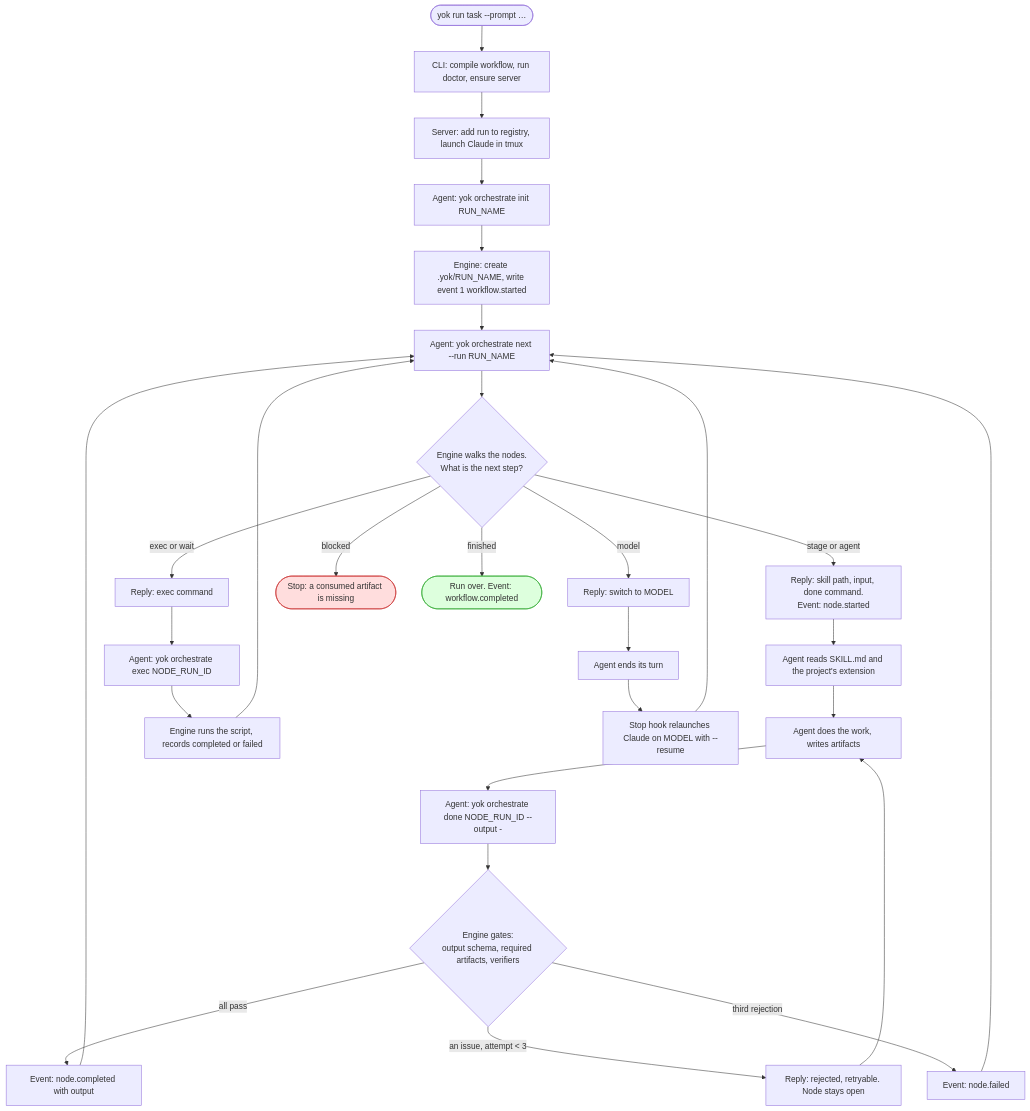
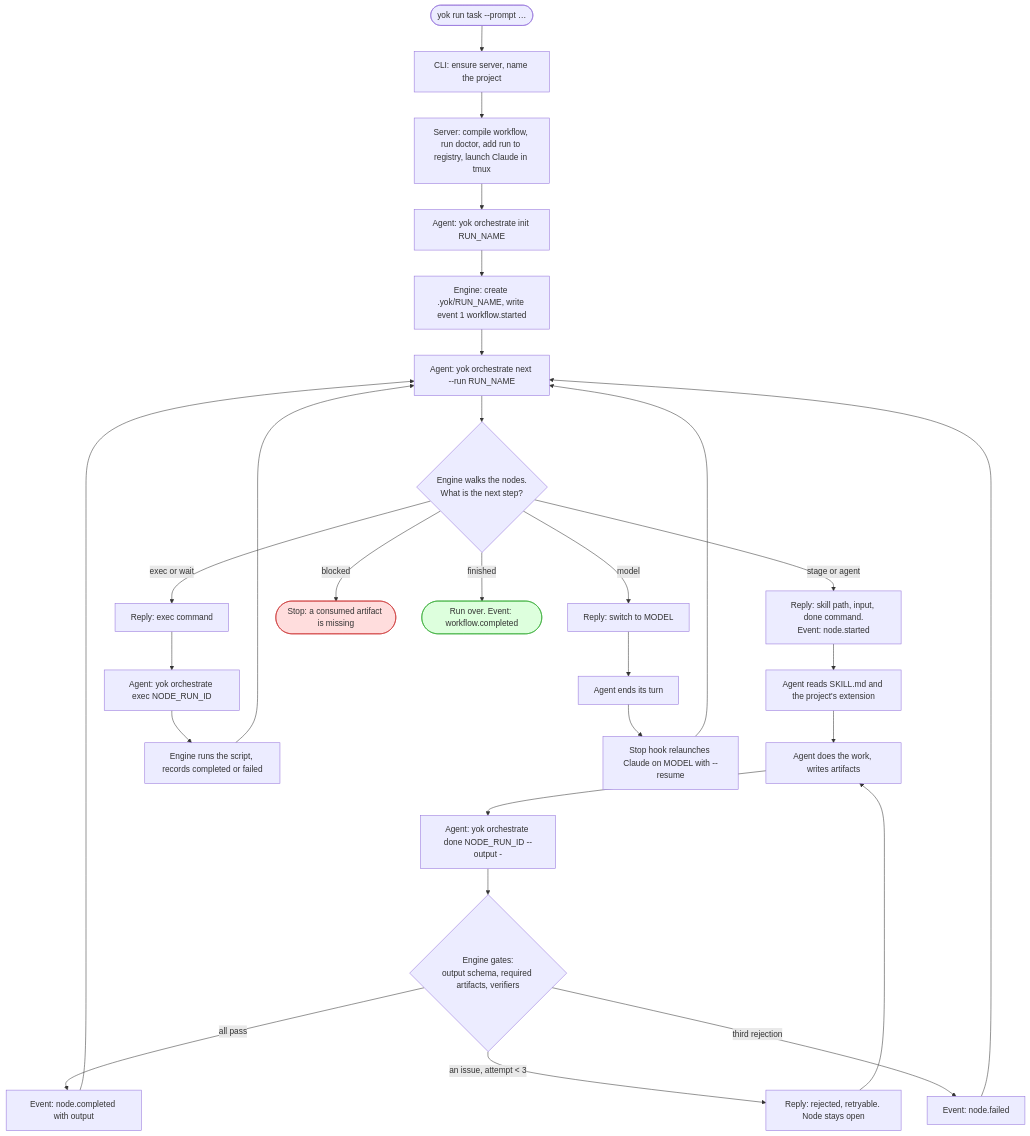
The second of 2 diagrams in docs/guide/05-one-task-end-to-end.md (vertexcover-io/yok), drawn with Mermaid before and after one commit. The commit also changed other lines of this file and 5 other files, not shown here.

````diff
--- a/docs/guide/05-one-task-end-to-end.md
+++ b/docs/guide/05-one-task-end-to-end.md
@@ -61,37 +61,37 @@
 ```mermaid
 flowchart TD
-    A([yok run task --prompt …]) --> B[CLI: compile workflow, run doctor, ensure server]
-    B --> C[Server: add run to registry, launch Claude in tmux]
+    A([yok run task --prompt …]) --> B[CLI: ensure server, name the project]
+    B --> C[Server: compile workflow, run doctor, add run to registry, launch Claude in tmux]
     C --> D[Agent: yok orchestrate init RUN_NAME]
     D --> E[Engine: create .yok/RUN_NAME, write event 1 workflow.started]
     E --> N[Agent: yok orchestrate next --run RUN_NAME]
 
     N --> W{Engine walks the nodes.<br/>What is the next step?}
     W -->|stage or agent| S[Reply: skill path, input, done command.<br/>Event: node.started]
     W -->|exec or wait| X[Reply: exec command]
     W -->|model| M[Reply: switch to MODEL]
     W -->|blocked| BL([Stop: a consumed artifact is missing])
     W -->|finished| F([Run over. Event: workflow.completed])
 
     S --> R[Agent reads SKILL.md and the project's extension]
     R --> K[Agent does the work, writes artifacts]
     K --> DN[Agent: yok orchestrate done NODE_RUN_ID --output -]
     DN --> G{Engine gates:<br/>output schema, required artifacts, verifiers}
     G -->|all pass| OK[Event: node.completed with output]
     G -->|an issue, attempt < 3| RJ[Reply: rejected, retryable. Node stays open]
     RJ --> K
     G -->|third rejection| FL[Event: node.failed]
     OK --> N
     FL --> N
 
     X --> XR[Agent: yok orchestrate exec NODE_RUN_ID]
     XR --> XE[Engine runs the script, records completed or failed]
     XE --> N
 
     M --> T[Agent ends its turn]
     T --> SH[Stop hook relaunches Claude on MODEL with --resume]
     SH --> N
 
     style BL fill:#fdd,stroke:#c33
     style F fill:#dfd,stroke:#3a3
 ```
````
